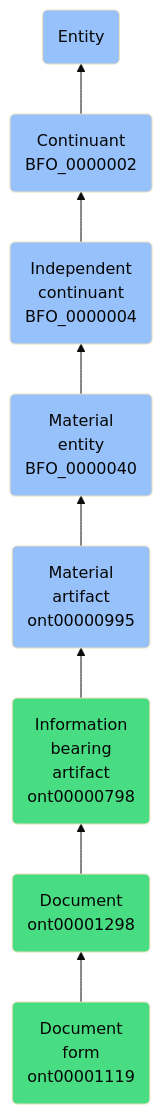
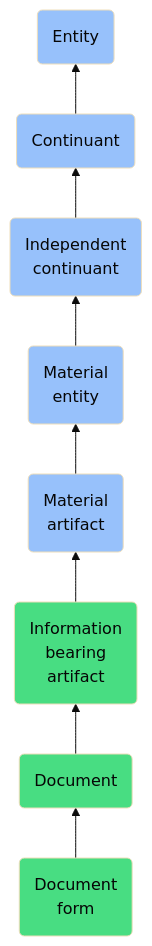
Before and after one commit to jupyter-naas/abi: the diagram in docs/ontology/reference/model/Entity/Continuant/Independent continuant/Material entity/Material artifact/Information bearing artifact/Document/Document form/Document form.md, drawn with Mermaid (base theme). The commit also changed other lines of this file and 1430 other files, not shown here.

````diff
--- a/docs/ontology/reference/model/Entity/Continuant/Independent continuant/Material entity/Material artifact/Information bearing artifact/Document/Document form/Document form.md
+++ b/docs/ontology/reference/model/Entity/Continuant/Independent continuant/Material entity/Material artifact/Information bearing artifact/Document/Document form/Document form.md
@@ -24,15 +24,15 @@
 ```mermaid
 graph BT
-    ont00001119(Document<br>form<br>ont00001119):::ABI-->ont00001298
-    ont00001298(Document<br>ont00001298):::ABI-->ont00000798
-    ont00000798(Information<br>bearing<br>artifact<br>ont00000798):::ABI-->ont00000995
-    ont00000995(Material<br>artifact<br>ont00000995):::BFO-->BFO_0000040
-    BFO_0000040(Material<br>entity<br>BFO_0000040):::BFO-->BFO_0000004
-    BFO_0000004(Independent<br>continuant<br>BFO_0000004):::BFO-->BFO_0000002
-    BFO_0000002(Continuant<br>BFO_0000002):::BFO-->BFO_0000001
+    ont00001119(Document<br>form):::ABI-->ont00001298
+    ont00001298(Document):::ABI-->ont00000798
+    ont00000798(Information<br>bearing<br>artifact):::ABI-->ont00000995
+    ont00000995(Material<br>artifact):::BFO-->BFO_0000040
+    BFO_0000040(Material<br>entity):::BFO-->BFO_0000004
+    BFO_0000004(Independent<br>continuant):::BFO-->BFO_0000002
+    BFO_0000002(Continuant):::BFO-->BFO_0000001
     BFO_0000001(Entity):::BFO
     
     classDef BFO fill:#97c1fb,color:#060606
     classDef CCO fill:#e4c51e,color:#060606
     classDef ABI fill:#48DD82,color:#060606
 ```
````
